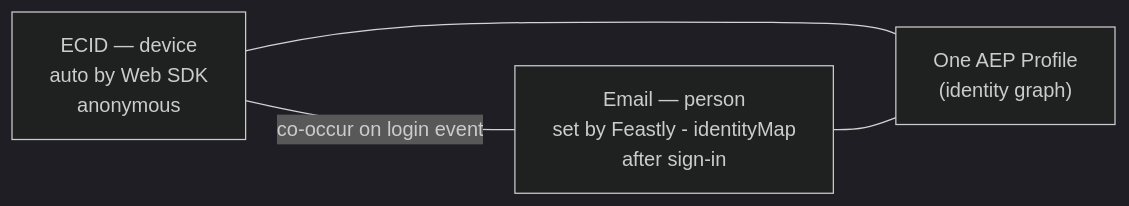
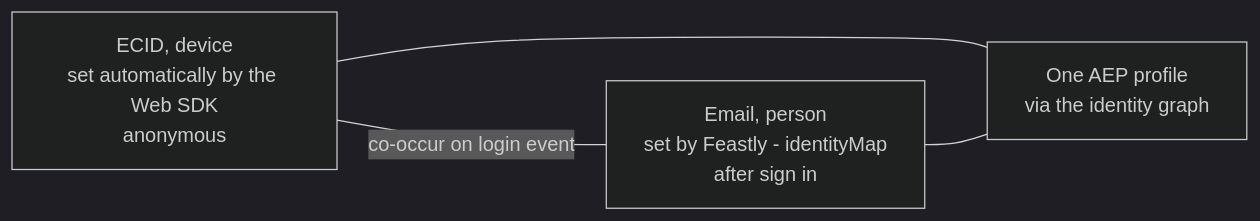
The fourth of 4 diagrams in FEASTLY_ARCHITECTURE.md (princeparvat80/aep-data-collection-food-demo), drawn with Mermaid (dark theme) before and after one commit. The commit also changed other lines of this file and 1 other file, not shown here.

First line of the commit message:
Consolidate architecture into a single implementation guide

````diff
--- a/FEASTLY_ARCHITECTURE.md
+++ b/FEASTLY_ARCHITECTURE.md
@@ -233,6 +559,6 @@
 ```mermaid
 flowchart LR
-  ECID["ECID — device<br/>auto by Web SDK<br/>anonymous"] ---|co-occur on login event| Email["Email — person<br/>set by Feastly - identityMap<br/>after sign-in"]
-  ECID --- Profile["One AEP Profile<br/>(identity graph)"]
+  ECID["ECID, device<br/>set automatically by the Web SDK<br/>anonymous"] ---|co-occur on login event| Email["Email, person<br/>set by Feastly - identityMap<br/>after sign in"]
+  ECID --- Profile["One AEP profile<br/>via the identity graph"]
   Email --- Profile
 ```
````
